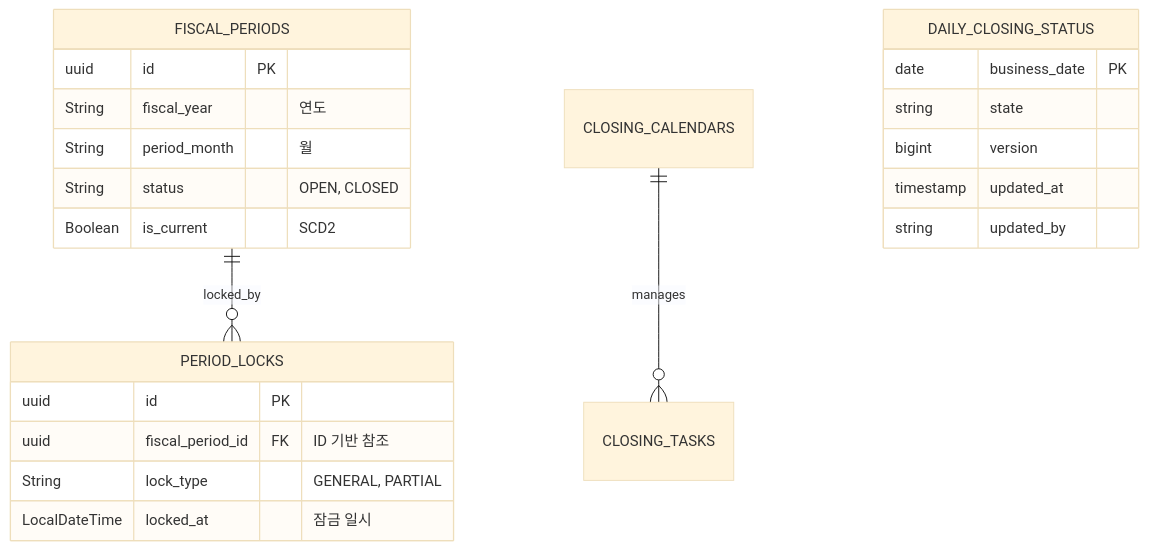
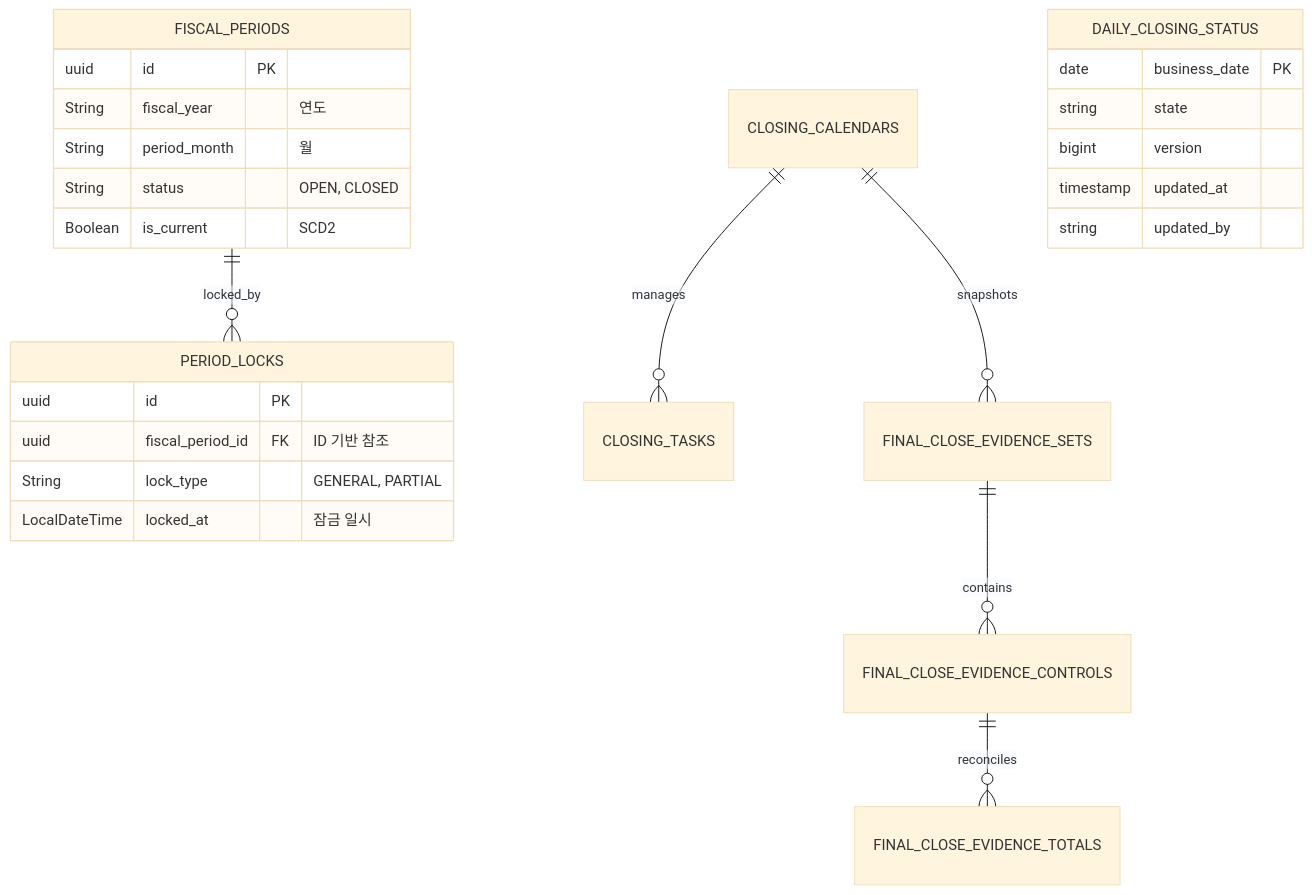
One commit to skyg547/account changed the third of 3 diagrams in closing/README.md. Above: the diagram before and after it, drawn with Mermaid (base theme). The commit also changed other lines of this file and 51 other files, not shown here.

Commit message:
GH-778: require typed final-close evidence

````diff
--- a/closing/README.md
+++ b/closing/README.md
@@ -97,27 +114,30 @@
 ```mermaid
 erDiagram
     FISCAL_PERIODS ||--o{ PERIOD_LOCKS : "locked_by"
     CLOSING_CALENDARS ||--o{ CLOSING_TASKS : "manages"
+    CLOSING_CALENDARS ||--o{ FINAL_CLOSE_EVIDENCE_SETS : "snapshots"
+    FINAL_CLOSE_EVIDENCE_SETS ||--o{ FINAL_CLOSE_EVIDENCE_CONTROLS : "contains"
+    FINAL_CLOSE_EVIDENCE_CONTROLS ||--o{ FINAL_CLOSE_EVIDENCE_TOTALS : "reconciles"
     DAILY_CLOSING_STATUS {
         date business_date PK
         string state
         bigint version
         timestamp updated_at
         string updated_by
     }
 
     FISCAL_PERIODS {
         uuid id PK
         String fiscal_year "연도"
         String period_month "월"
         String status "OPEN, CLOSED"
         Boolean is_current "SCD2"
     }
     
     PERIOD_LOCKS {
         uuid id PK
         uuid fiscal_period_id FK "ID 기반 참조"
         String lock_type "GENERAL, PARTIAL"
         LocalDateTime locked_at "잠금 일시"
     }
 ```
````
